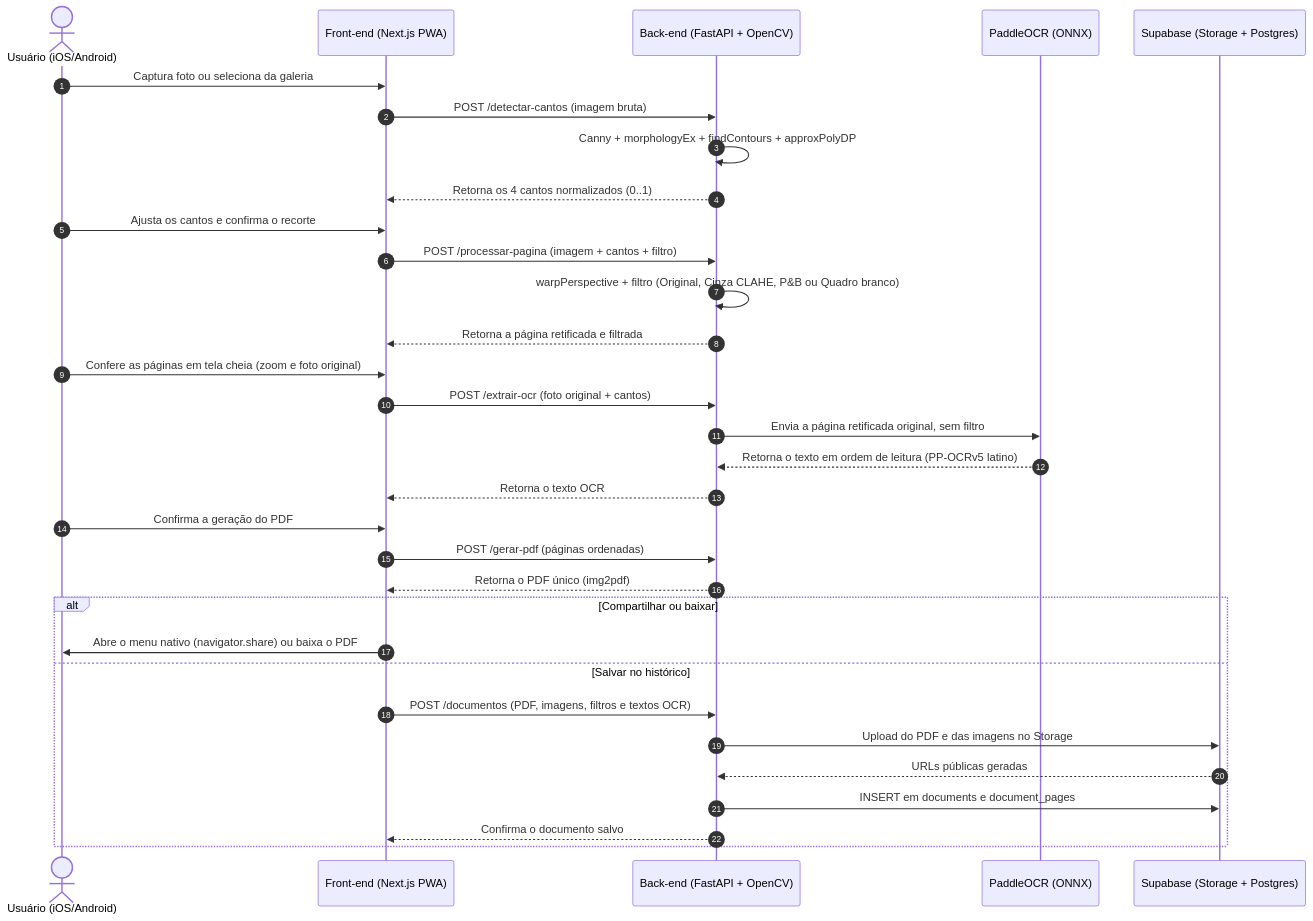
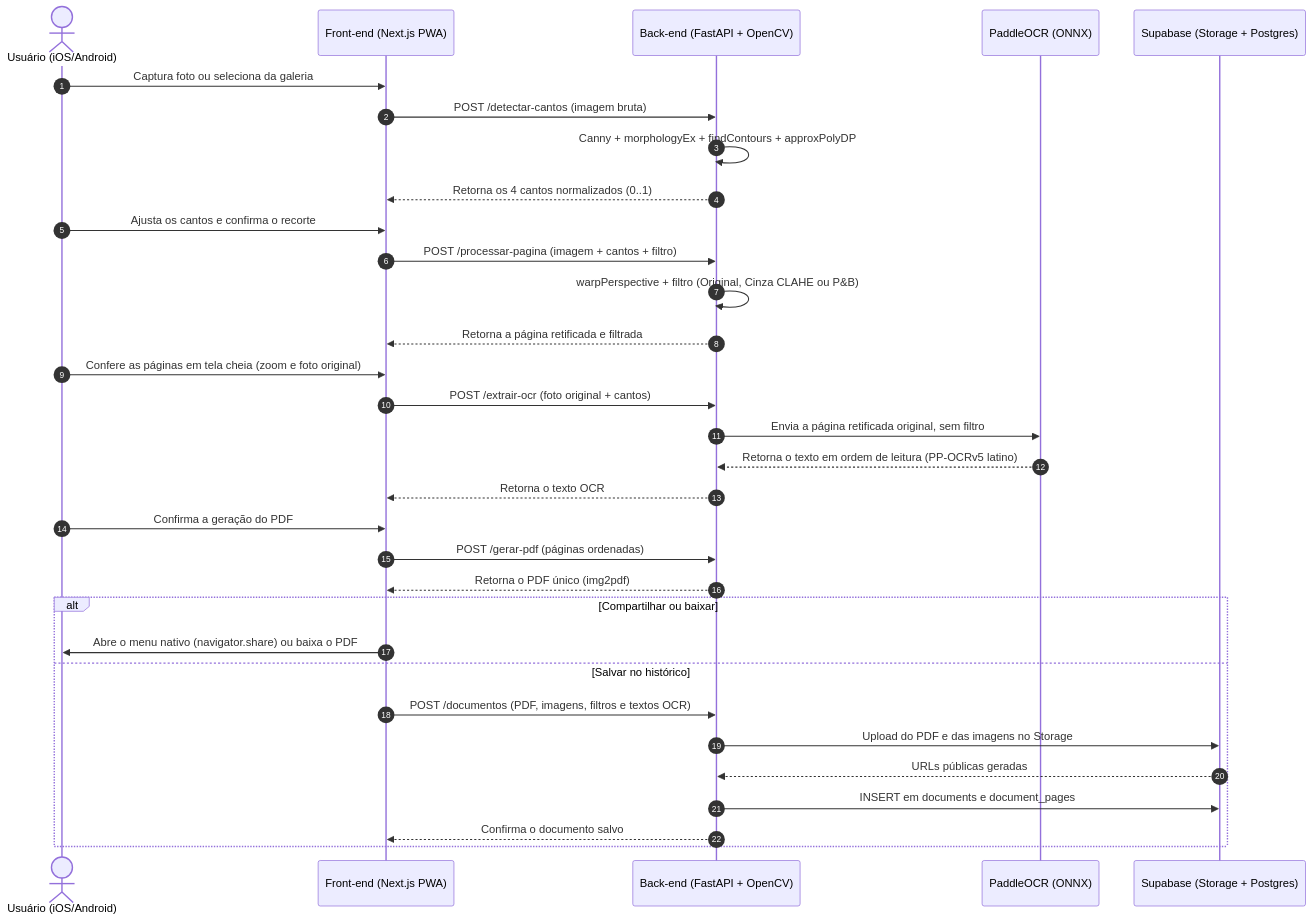
One commit to Gustavogconte/miniscan-desafio changed the second of 3 diagrams in docs/documentacao_miniscan.md. Above: the diagram before and after it, drawn with Mermaid. The commit also changed other lines of this file and 4 other files, not shown here.

````diff
--- a/docs/documentacao_miniscan.md
+++ b/docs/documentacao_miniscan.md
@@ -86,35 +86,35 @@
 ```mermaid
 sequenceDiagram
     autonumber
     actor U as Usuário (iOS/Android)
     participant PWA as Front-end (Next.js PWA)
     participant API as Back-end (FastAPI + OpenCV)
     participant OCR as PaddleOCR (ONNX)
     participant SB as Supabase (Storage + Postgres)
 
     U->>PWA: Captura foto ou seleciona da galeria
     PWA->>API: POST /detectar-cantos (imagem bruta)
     API->>API: Canny + morphologyEx + findContours + approxPolyDP
     API-->>PWA: Retorna os 4 cantos normalizados (0..1)
     U->>PWA: Ajusta os cantos e confirma o recorte
     PWA->>API: POST /processar-pagina (imagem + cantos + filtro)
-    API->>API: warpPerspective + filtro (Original, Cinza CLAHE, P&B ou Quadro branco)
+    API->>API: warpPerspective + filtro (Original, Cinza CLAHE ou P&B)
     API-->>PWA: Retorna a página retificada e filtrada
     U->>PWA: Confere as páginas em tela cheia (zoom e foto original)
     PWA->>API: POST /extrair-ocr (foto original + cantos)
     API->>OCR: Envia a página retificada original, sem filtro
     OCR-->>API: Retorna o texto em ordem de leitura (PP-OCRv5 latino)
     API-->>PWA: Retorna o texto OCR
     U->>PWA: Confirma a geração do PDF
     PWA->>API: POST /gerar-pdf (páginas ordenadas)
     API-->>PWA: Retorna o PDF único (img2pdf)
     alt Compartilhar ou baixar
         PWA->>U: Abre o menu nativo (navigator.share) ou baixa o PDF
     else Salvar no histórico
         PWA->>API: POST /documentos (PDF, imagens, filtros e textos OCR)
         API->>SB: Upload do PDF e das imagens no Storage
         SB-->>API: URLs públicas geradas
         API->>SB: INSERT em documents e document_pages
         API-->>PWA: Confirma o documento salvo
     end
 ```
````
